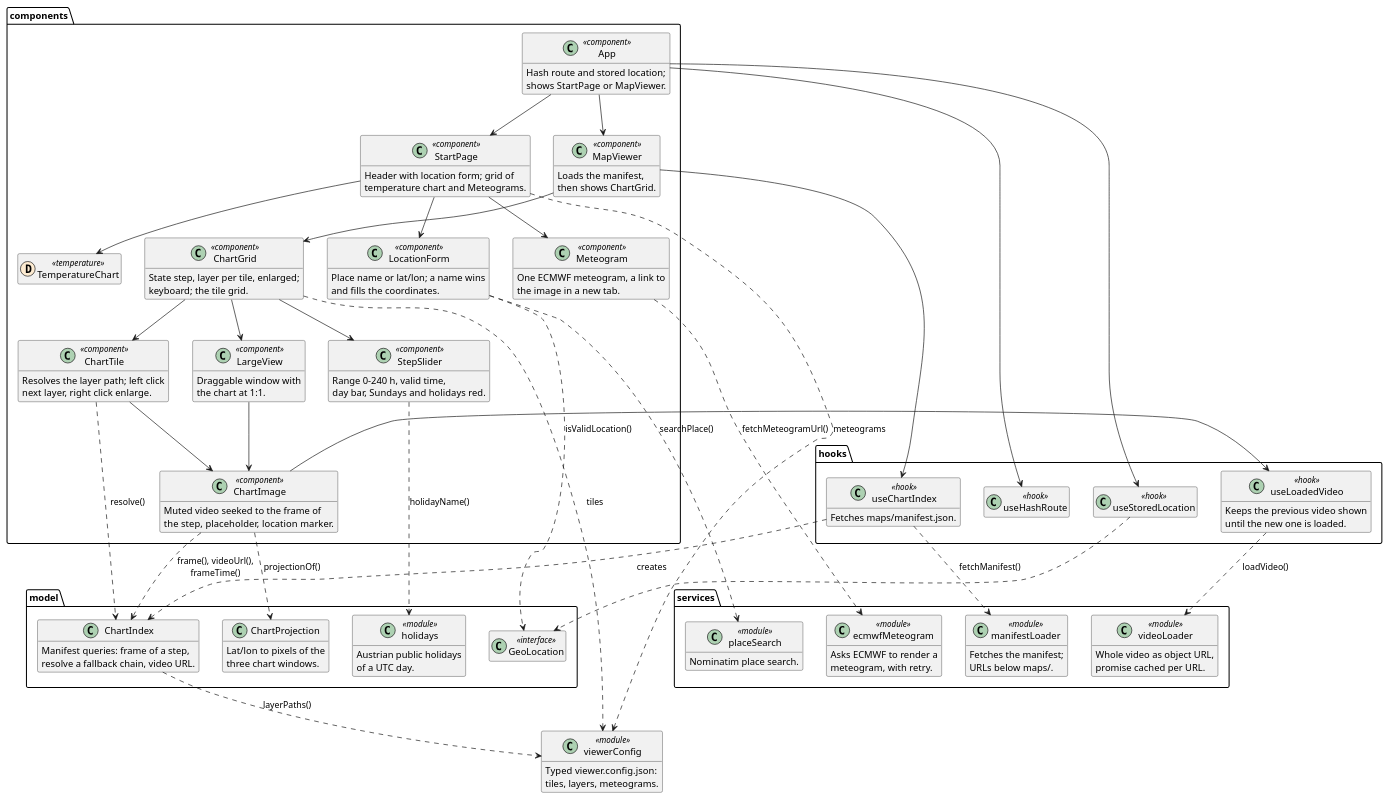
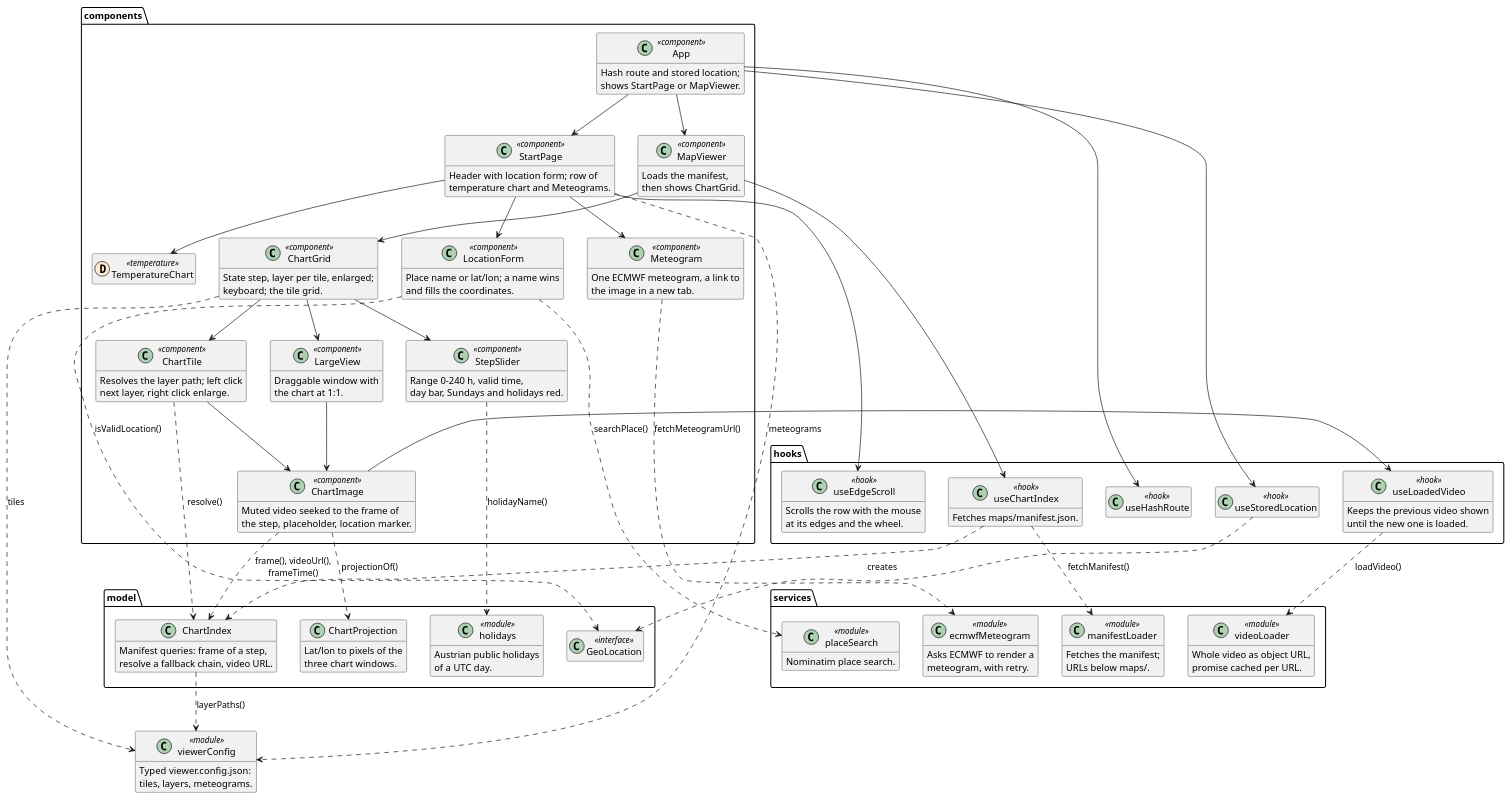
One commit to schletz/wetterkartenviewer changed the first of 2 diagrams in REFERENCE.webapp.md. Above: the diagram before and after it, drawn with PlantUML. The commit also changed other lines of this file and 4 other files, not shown here.

First line of the commit message:
Start page cells at full window height in one row with edge scrolling

```diff
--- a/REFERENCE.webapp.md
+++ b/REFERENCE.webapp.md
@@ -38,7 +38,7 @@
  shows StartPage or MapViewer.
  }
  class StartPage <<component>> {
- Header with location form; grid of
+ Header with location form; row of
  temperature chart and Meteograms.
  }
  class TemperatureChart << (D,#fdebd1) temperature >>
@@ -80,6 +80,10 @@
  class useStoredLocation <<hook>>
  class useChartIndex <<hook>> {
  Fetches maps/manifest.json.
+ }
+ class useEdgeScroll <<hook>> {
+ Scrolls the row with the mouse
+ at its edges and the wheel.
  }
  class useLoadedVideo <<hook>> {
  Keeps the previous video shown
@@ -128,6 +132,7 @@
 App --> MapViewer
 StartPage --> LocationForm
 StartPage --> Meteogram
+StartPage --> useEdgeScroll
 StartPage --> TemperatureChart
 StartPage ..> viewerConfig : meteograms
 LocationForm ..> placeSearch : searchPlace()
```
